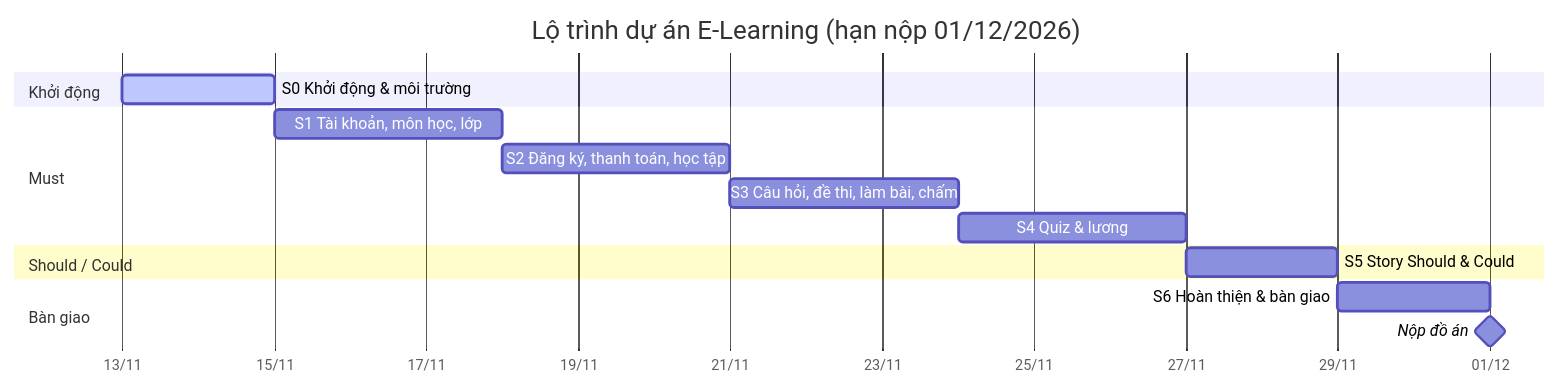
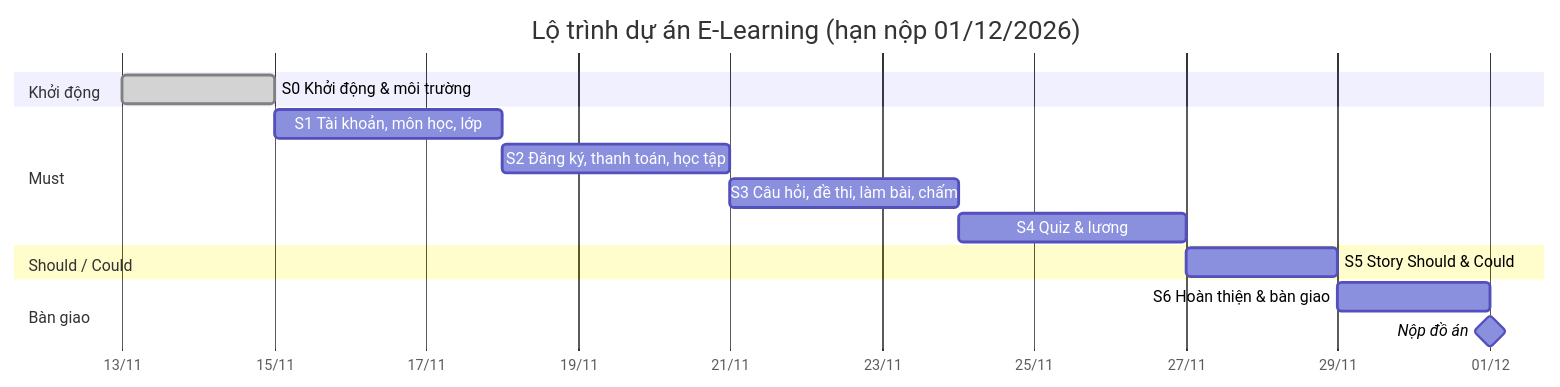
Before and after one commit to Chaos098/E-learning-Project: the diagram in PLAN.md, drawn with Mermaid. The commit also changed other lines of this file and 40 other files, not shown here.

````diff
--- a/PLAN.md
+++ b/PLAN.md
@@ -33,18 +33,18 @@
 ```mermaid
 gantt
     title Lộ trình dự án E-Learning (hạn nộp 01/12/2026)
     dateFormat YYYY-MM-DD
     axisFormat %d/%m
     section Khởi động
-    S0 Khởi động & môi trường             :active, s0, 2026-11-13, 2d
+    S0 Khởi động & môi trường             :done, s0, 2026-11-13, 2d
     section Must
     S1 Tài khoản, môn học, lớp            :s1, 2026-11-15, 3d
     S2 Đăng ký, thanh toán, học tập       :s2, after s1, 3d
     S3 Câu hỏi, đề thi, làm bài, chấm     :s3, after s2, 3d
     S4 Quiz & lương                       :s4, after s3, 3d
     section Should / Could
     S5 Story Should & Could               :s5, after s4, 2d
     section Bàn giao
     S6 Hoàn thiện & bàn giao              :s6, after s5, 2d
     Nộp đồ án                             :milestone, 2026-12-01, 0d
 ```
````
